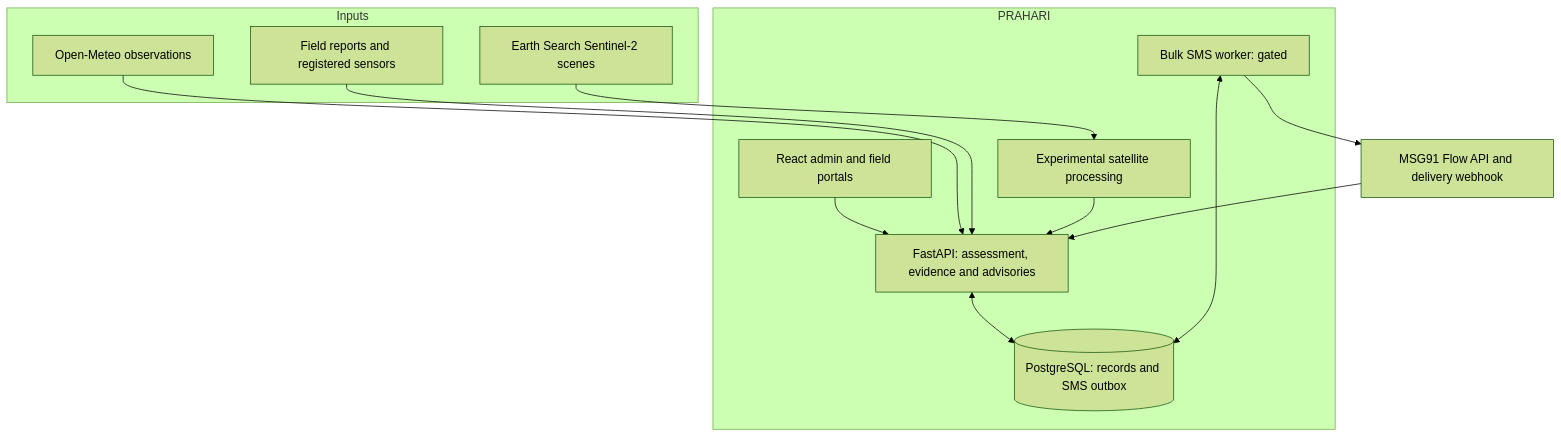
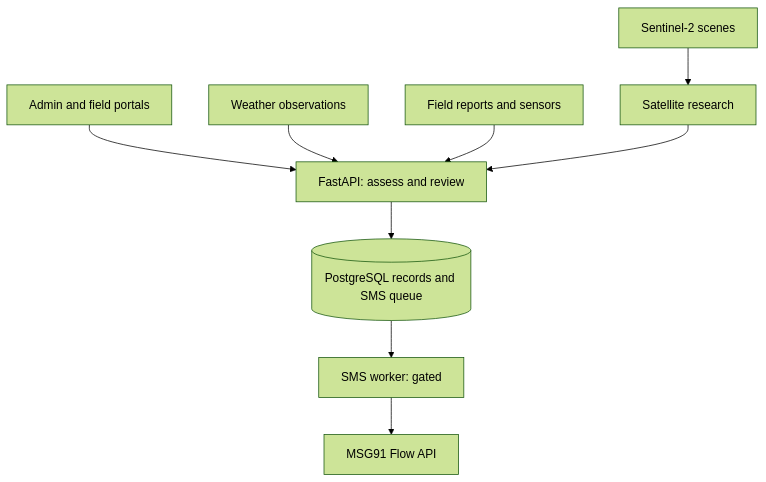
One commit to pranjalnegi82-max/PRAHARI---Disaster-Management changed the first of 4 diagrams in docs/SYSTEM_DESIGN.md. Above: the diagram before and after it, drawn with Mermaid (forest theme). The commit also changed other lines of this file, not shown here.

Commit message:
Clarify system architecture diagram (#8)

````diff
--- a/docs/SYSTEM_DESIGN.md
+++ b/docs/SYSTEM_DESIGN.md
@@ -7,23 +7,9 @@
 ```mermaid
 flowchart TB
-  subgraph Sources[Inputs]
-    W["Open-Meteo observations"]
-    F["Field reports and registered sensors"]
-    S["Earth Search Sentinel-2 scenes"]
-  end
-  subgraph Product[PRAHARI]
-    UI["React admin and field portals"]
-    API["FastAPI: assessment, evidence and advisories"]
-    DB[("PostgreSQL: records and SMS outbox")]
-    BW["Bulk SMS worker: gated"]
-    SAT["Experimental satellite processing"]
-  end
-  G["MSG91 Flow API and delivery webhook"]
-  UI --> API
-  W --> API
-  F --> API
-  S --> SAT --> API
-  API <--> DB
-  BW <--> DB
-  BW --> G --> API
+  UI["Admin and field portals"] --> API["FastAPI: assess and review"]
+  W["Weather observations"] --> API
+  F["Field reports and sensors"] --> API
+  S["Sentinel-2 scenes"] --> SAT["Satellite research"] --> API
+  API --> DB[("PostgreSQL records and SMS queue")]
+  DB --> BW["SMS worker: gated"] --> G["MSG91 Flow API"]
 ```
````
